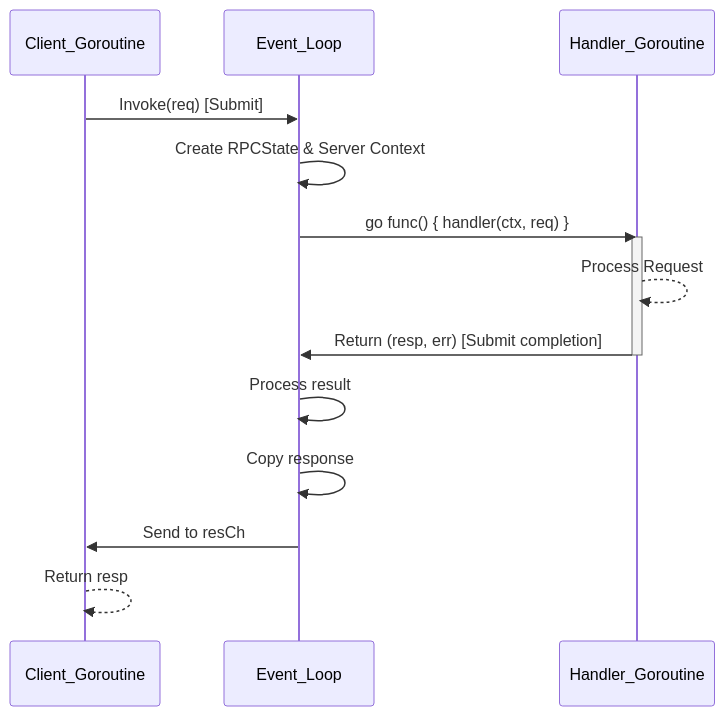
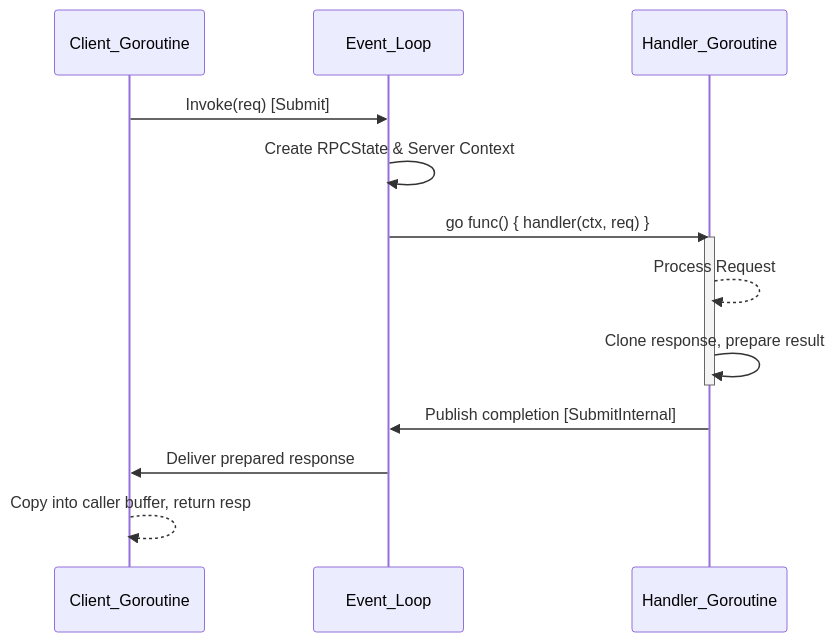
One commit to joeycumines/go-utilpkg changed the second of 3 diagrams in inprocgrpc/docs/design.md. Above: the diagram before and after it, drawn with Mermaid. The commit also changed other lines of this file, not shown here.

````diff
--- a/inprocgrpc/docs/design.md
+++ b/inprocgrpc/docs/design.md
@@ -136,18 +152,17 @@
 ```mermaid
 sequenceDiagram
     participant Client as Client_Goroutine
     participant EventLoop as Event_Loop
     participant Handler as Handler_Goroutine
     Client ->> EventLoop: Invoke(req) [Submit]
     EventLoop ->> EventLoop: Create RPCState & Server Context
     EventLoop ->> Handler: go func() { handler(ctx, req) }
     activate Handler
     Handler -->> Handler: Process Request
-    Handler ->> EventLoop: Return (resp, err) [Submit completion]
+    Handler ->> Handler: Clone response, prepare result
     deactivate Handler
-    EventLoop ->> EventLoop: Process result
-    EventLoop ->> EventLoop: Copy response
-    EventLoop ->> Client: Send to resCh
-    Client -->> Client: Return resp
+    Handler ->> EventLoop: Publish completion [SubmitInternal]
+    EventLoop ->> Client: Deliver prepared response
+    Client -->> Client: Copy into caller buffer, return resp
 
 ```
````
